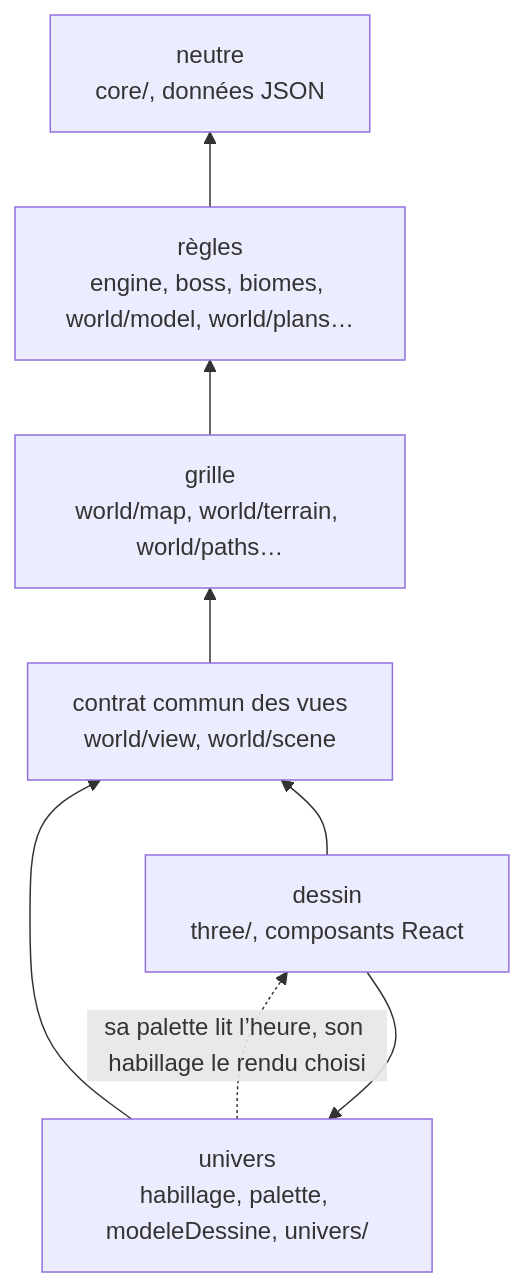
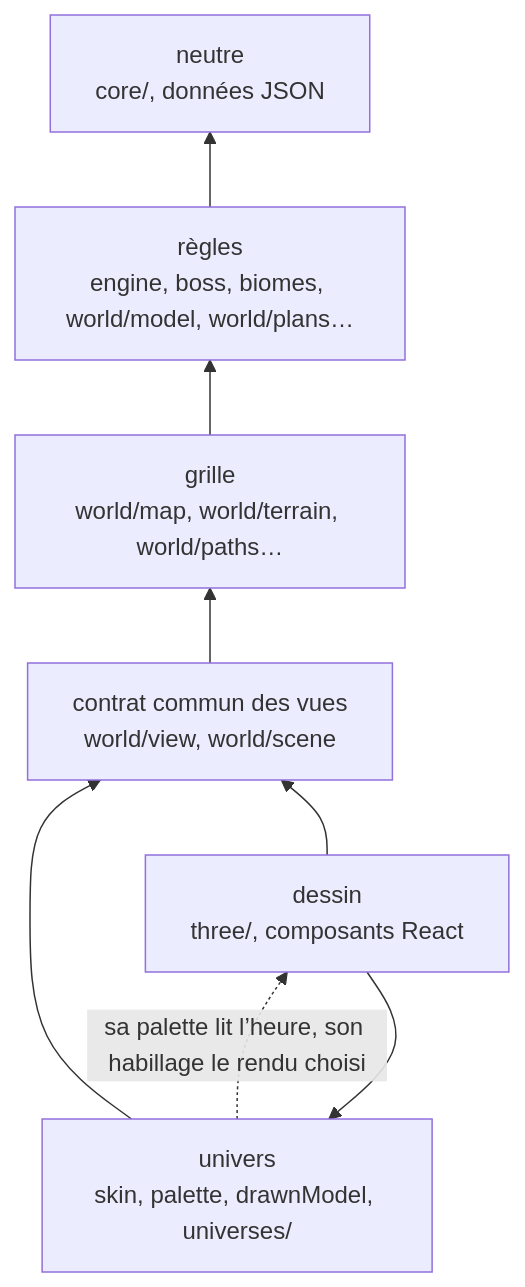
Before and after one commit to g7ed6e/dysapps: the fourth of 4 diagrams in docs/architecture/index.md, drawn with Mermaid. The commit also changed other lines of this file and 74 other files, not shown here.

````diff
--- a/docs/architecture/index.md
+++ b/docs/architecture/index.md
@@ -92,16 +92,16 @@
 ```mermaid
 flowchart BT
   neutre[neutre<br/>core/, données JSON]
   regle[règles<br/>engine, boss, biomes, world/model, world/plans…]
   grille[grille<br/>world/map, world/terrain, world/paths…]
   commun[contrat commun des vues<br/>world/view, world/scene]
-  univers[univers<br/>habillage, palette, modeleDessine, univers/]
+  univers[univers<br/>skin, palette, drawnModel, universes/]
   dessin[dessin<br/>three/, composants React]
   regle --> neutre
   grille --> regle
   commun --> grille
   univers --> commun
   dessin --> univers
   dessin --> commun
   univers -. sa palette lit l’heure, son habillage le rendu choisi .-> dessin
 ```
````
